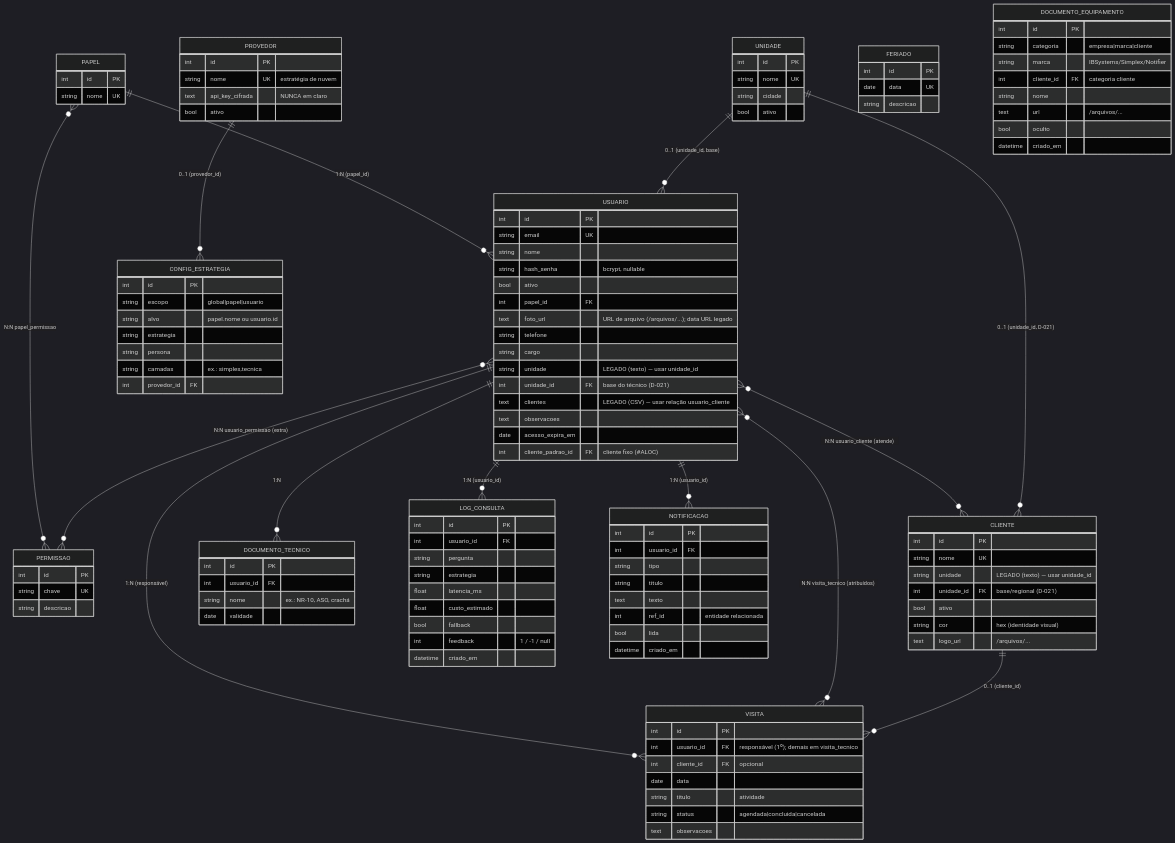
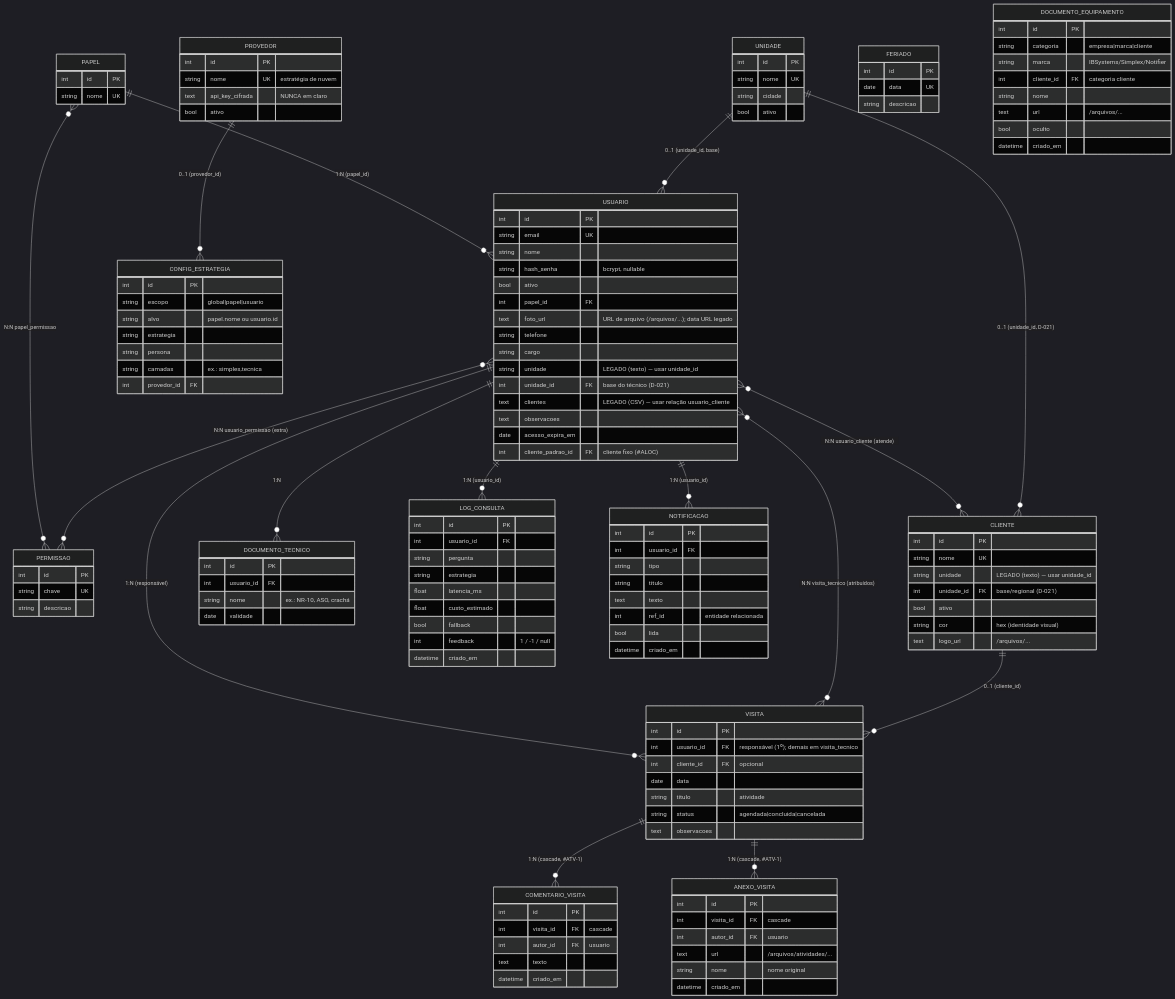
Before and after one commit to caiquemiranda/RAG-Simplex: the diagram in docs/MODELO_DADOS.md, drawn with Mermaid (dark theme). The commit also changed other lines of this file and 16 other files, not shown here.

```diff
--- a/docs/MODELO_DADOS.md
+++ b/docs/MODELO_DADOS.md
@@ -18,6 +18,8 @@
   USUARIO ||--o{ VISITA : "1:N (responsável)"
   USUARIO }o--o{ VISITA : "N:N visita_tecnico (atribuídos)"
   CLIENTE ||--o{ VISITA : "0..1 (cliente_id)"
+  VISITA ||--o{ COMENTARIO_VISITA : "1:N (cascade, #ATV-1)"
+  VISITA ||--o{ ANEXO_VISITA : "1:N (cascade, #ATV-1)"
   UNIDADE ||--o{ CLIENTE : "0..1 (unidade_id, D-021)"
   UNIDADE ||--o{ USUARIO : "0..1 (unidade_id, base)"
   USUARIO ||--o{ NOTIFICACAO : "1:N (usuario_id)"
@@ -72,6 +74,21 @@
     string titulo "atividade"
     string status "agendada|concluida|cancelada"
     text observacoes
+  }
+  COMENTARIO_VISITA {
+    int id PK
+    int visita_id FK "cascade"
+    int autor_id FK "usuario"
+    text texto
+    datetime criado_em
+  }
+  ANEXO_VISITA {
+    int id PK
+    int visita_id FK "cascade"
+    int autor_id FK "usuario"
+    text url "/arquivos/atividades/..."
+    string nome "nome original"
+    datetime criado_em
   }
   FERIADO {
     int id PK
```
